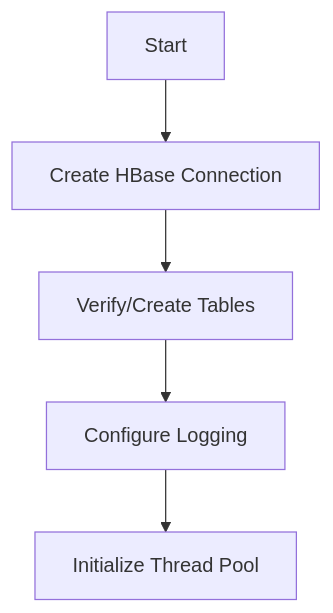
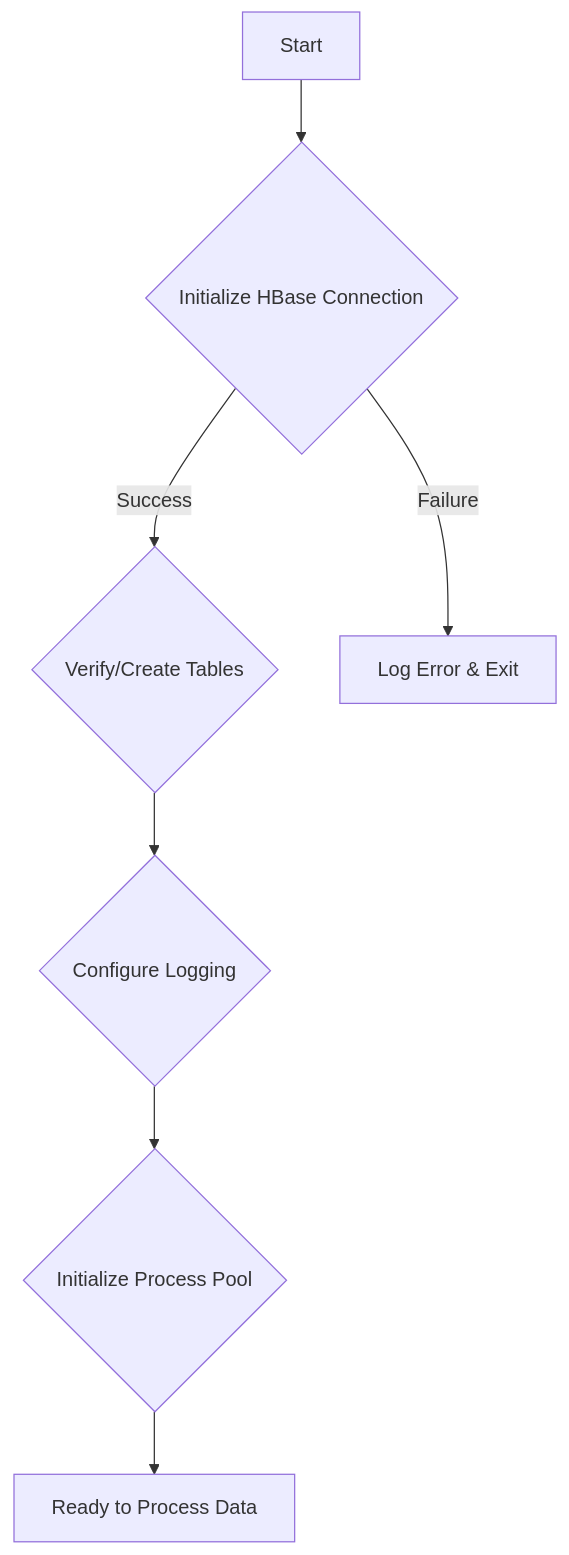
Before and after one commit to matwi5/ece-bigdata-2024-fall-gr02-Mathis-Clement: the first of 3 diagrams in docs/openF1_data_population.md, drawn with Mermaid. The commit also changed other lines of this file and 10 other files, not shown here.

````diff
--- a/docs/openF1_data_population.md
+++ b/docs/openF1_data_population.md
@@ -183,7 +292,9 @@
-   ```mermaid
-   graph TD
-       A[Start] --> B[Create HBase Connection]
-       B --> C[Verify/Create Tables]
-       C --> D[Configure Logging]
-       D --> E[Initialize Thread Pool]
-   ```
+```mermaid
+graph TD
+    A[Start] --> B{Initialize HBase Connection}
+    B -- Success --> C{Verify/Create Tables}
+    B -- Failure --> E[Log Error & Exit]
+    C --> D{Configure Logging}
+    D --> F{Initialize Process Pool}
+    F --> G[Ready to Process Data]
+```
````
